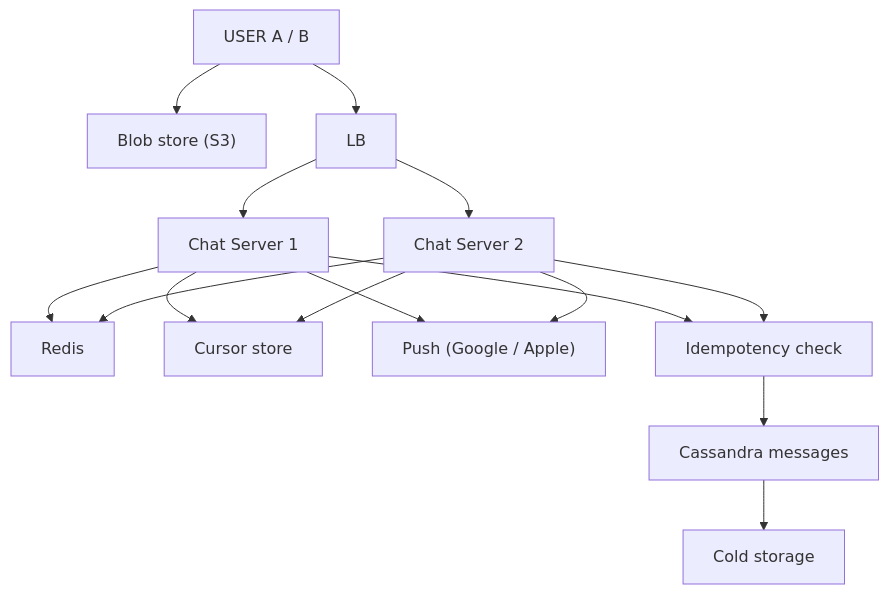
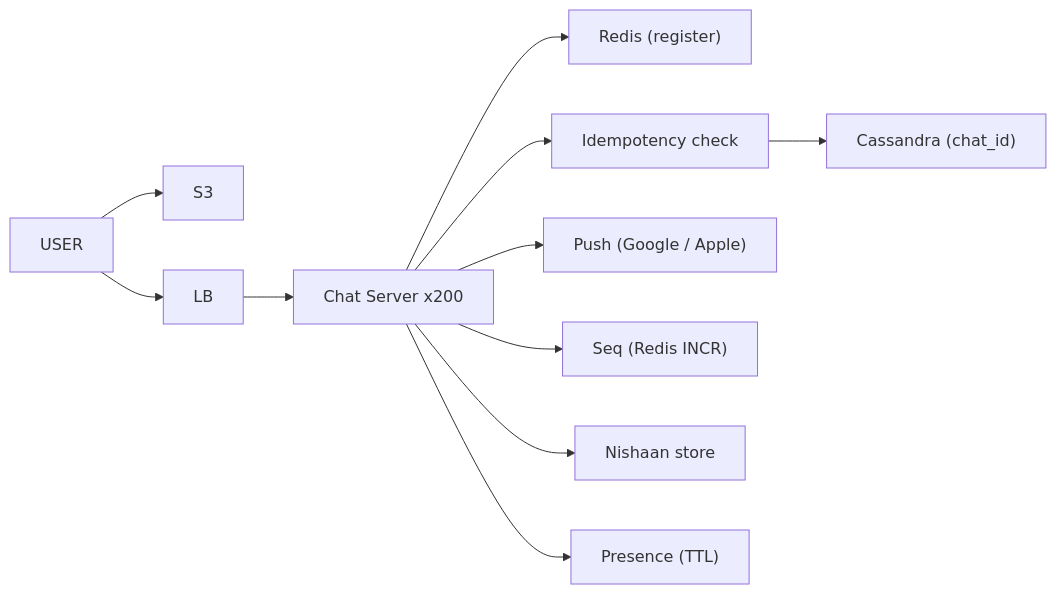
One commit to ArpanMaheshwari144/Prep changed diagram 12 of 12 in 04_HLD/SYSTEM_DESIGNS/14_chat_messaging/14_chat_messaging.md. Above: the diagram before and after it, drawn with Mermaid. The commit also changed other lines of this file, not shown here.

Commit message:
chat: one-day story, short cards, follow-ups with rules, highlighted diagrams

````diff
--- a/04_HLD/SYSTEM_DESIGNS/14_chat_messaging/14_chat_messaging.md
+++ b/04_HLD/SYSTEM_DESIGNS/14_chat_messaging/14_chat_messaging.md
@@ -647,28 +507,24 @@
 ```mermaid
-flowchart TD
-    n_USER_A_B["USER A / B"]
-    n_Blob_store_S3["Blob store (S3)"]
+flowchart LR
+    n_S3["S3"]
+    n_U["USER"]
     n_LB["LB"]
-    n_Chat_Server_x_200_1["Chat Server 1"]
-    n_Chat_Server_x_200_2["Chat Server 2"]
-    n_Redis["Redis"]
-    n_Cursor_store["Cursor store"]
-    n_Push_Google_Apple["Push (Google / Apple)"]
-    n_Idempotency_check["Idempotency check"]
-    n_Cassandra_messages["Cassandra messages"]
-    n_Cold_storage["Cold storage"]
-    n_USER_A_B --> n_Blob_store_S3
-    n_USER_A_B --> n_LB
-    n_LB --> n_Chat_Server_x_200_1
-    n_LB --> n_Chat_Server_x_200_2
-    n_Chat_Server_x_200_1 --> n_Redis
-    n_Chat_Server_x_200_2 --> n_Redis
-    n_Chat_Server_x_200_1 --> n_Idempotency_check
-    n_Chat_Server_x_200_2 --> n_Idempotency_check
-    n_Chat_Server_x_200_1 --> n_Cursor_store
-    n_Chat_Server_x_200_2 --> n_Cursor_store
-    n_Chat_Server_x_200_1 --> n_Push_Google_Apple
-    n_Chat_Server_x_200_2 --> n_Push_Google_Apple
-    n_Idempotency_check --> n_Cassandra_messages
-    n_Cassandra_messages --> n_Cold_storage
+    n_CS["Chat Server x200"]
+    n_R["Redis (register)"]
+    n_I["Idempotency check"]
+    n_CA["Cassandra (chat_id)"]
+    n_P["Push (Google / Apple)"]
+    n_SQ["Seq (Redis INCR)"]
+    n_NS["Nishaan store"]
+    n_PR["Presence (TTL)"]
+    n_U --> n_S3
+    n_U --> n_LB
+    n_LB --> n_CS
+    n_CS --> n_R
+    n_CS --> n_I
+    n_I --> n_CA
+    n_CS --> n_P
+    n_CS --> n_SQ
+    n_CS --> n_NS
+    n_CS --> n_PR
 ```
````
